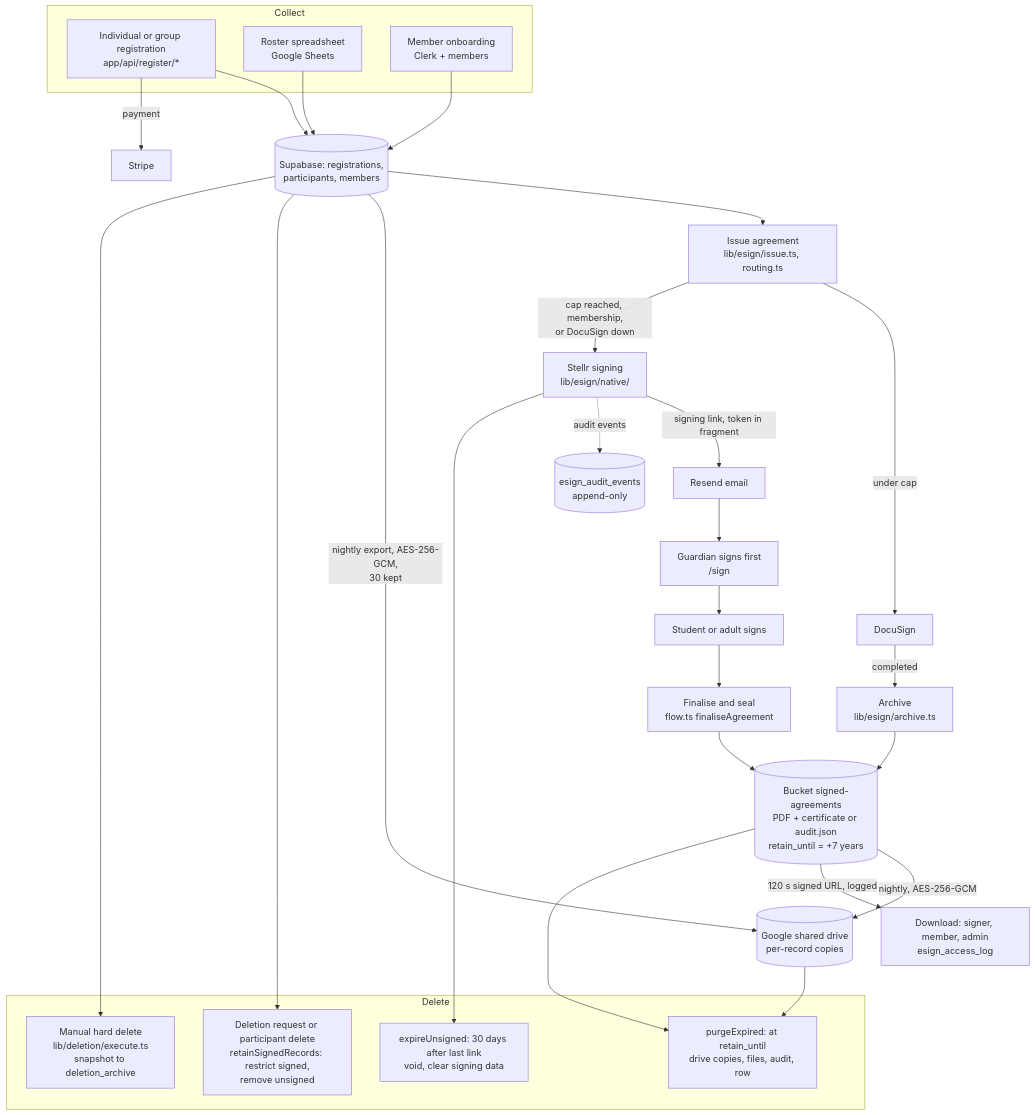
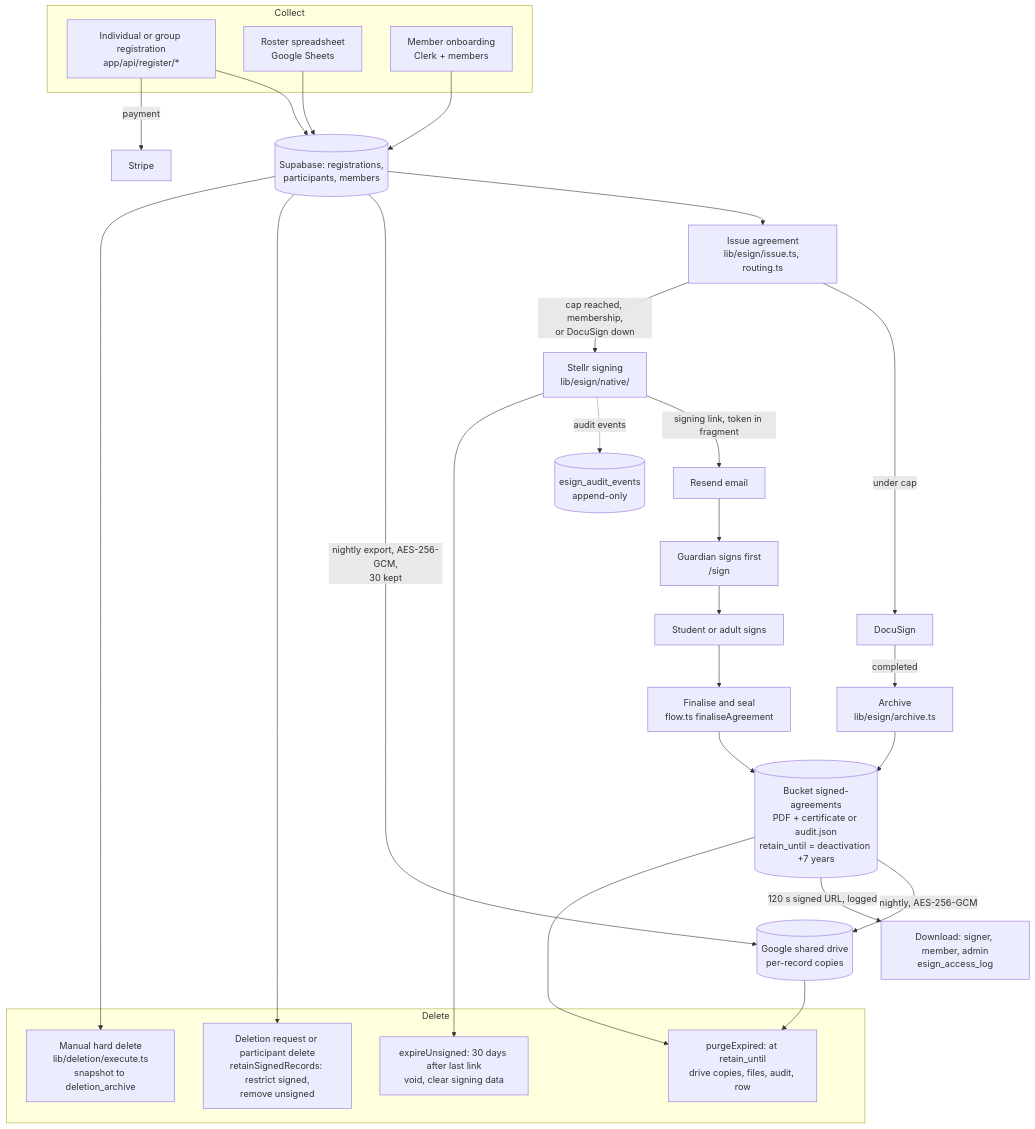
One commit to aussie-spaceman/stellr-web changed the diagram in docs/compliance/sub-processors-and-data-map.md. Above: the diagram before and after it, drawn with Mermaid. The commit also changed 60 other files, not shown here.

````diff
--- a/docs/compliance/sub-processors-and-data-map.md
+++ b/docs/compliance/sub-processors-and-data-map.md
@@ -42,41 +42,41 @@
 ```mermaid
 flowchart TD
   subgraph Collect
     R1[Individual or group registration<br/>app/api/register/*]
     R2[Roster spreadsheet<br/>Google Sheets]
     R3[Member onboarding<br/>Clerk + members]
   end
   R1 --> DB[(Supabase: registrations,<br/>participants, members)]
   R2 --> DB
   R3 --> DB
   R1 -- payment --> ST[Stripe]
 
   DB --> ISS[Issue agreement<br/>lib/esign/issue.ts, routing.ts]
   ISS -- under cap --> DS[DocuSign]
   ISS -- cap reached, membership,<br/>or DocuSign down --> NAT[Stellr signing<br/>lib/esign/native/]
   NAT -- signing link, token in fragment --> RS[Resend email]
   RS --> G[Guardian signs first<br/>/sign]
   G --> S[Student or adult signs]
   NAT -. audit events .-> AUD[(esign_audit_events<br/>append-only)]
 
   DS -- completed --> ARC[Archive<br/>lib/esign/archive.ts]
   S --> FIN[Finalise and seal<br/>flow.ts finaliseAgreement]
-  FIN --> BKT[(Bucket signed-agreements<br/>PDF + certificate or audit.json<br/>retain_until = +7 years)]
+  FIN --> BKT[(Bucket signed-agreements<br/>PDF + certificate or audit.json<br/>retain_until = deactivation +7 years)]
   ARC --> BKT
 
   BKT -- nightly, AES-256-GCM --> GD[(Google shared drive<br/>per-record copies)]
   DB -- nightly export, AES-256-GCM,<br/>30 kept --> GD
   BKT -- 120 s signed URL, logged --> DL[Download: signer, member, admin<br/>esign_access_log]
 
   subgraph Delete
     X1[expireUnsigned: 30 days after last link<br/>void, clear signing data]
     X2[Deletion request or participant delete<br/>retainSignedRecords: restrict signed,<br/>remove unsigned]
     X3[purgeExpired: at retain_until<br/>drive copies, files, audit, row]
     X4[Manual hard delete<br/>lib/deletion/execute.ts<br/>snapshot to deletion_archive]
   end
   NAT --> X1
   DB --> X2
   DB --> X4
   BKT --> X3
   GD --> X3
 ```
````
